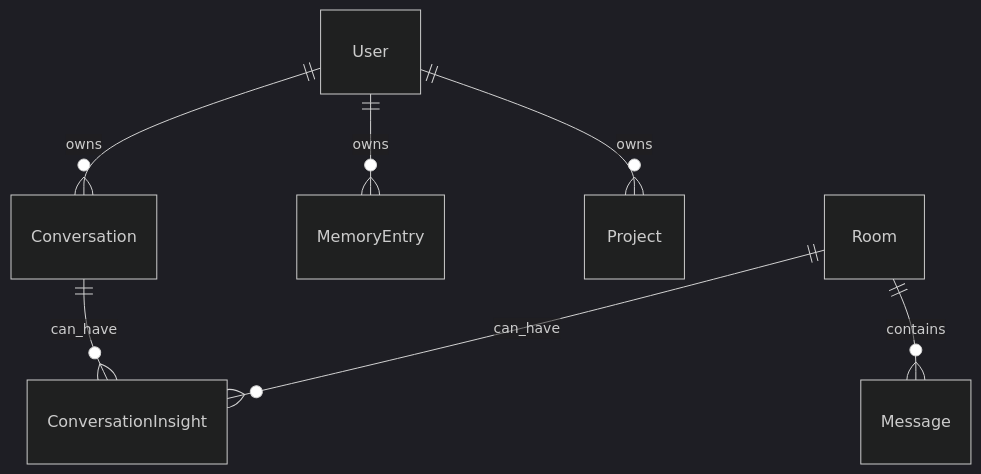
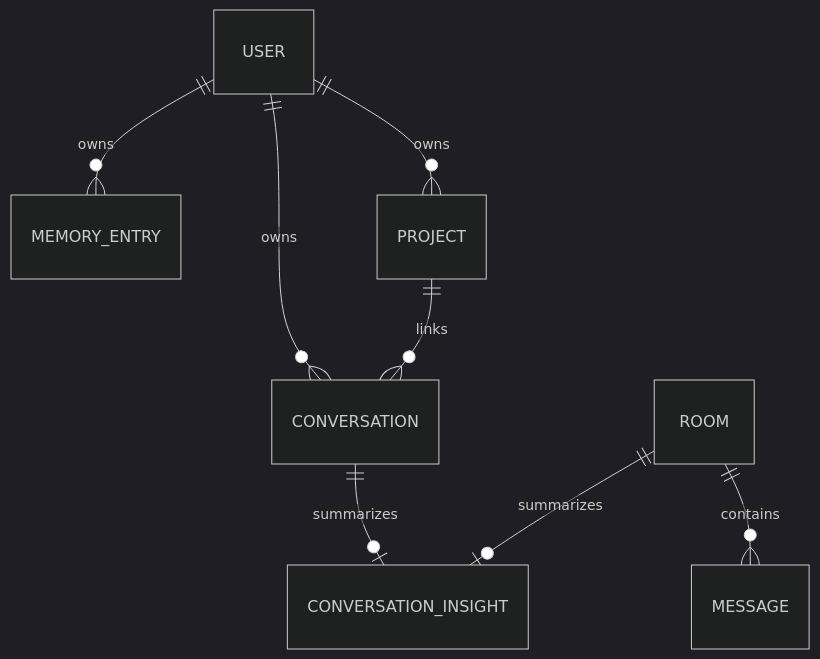
The third of 4 diagrams in docs/ai/32-sequence-and-architecture-diagrams.md (Ganesh172919/Backend_Practice), drawn with Mermaid (dark theme) before and after one commit. The commit also changed other lines of this file and 122 other files, not shown here.

````diff
--- a/docs/ai/32-sequence-and-architecture-diagrams.md
+++ b/docs/ai/32-sequence-and-architecture-diagrams.md
@@ -60,9 +59,10 @@
 ```mermaid
 erDiagram
-    User ||--o{ Conversation : owns
-    User ||--o{ MemoryEntry : owns
-    User ||--o{ Project : owns
-    Conversation ||--o{ ConversationInsight : can_have
-    Room ||--o{ Message : contains
-    Room ||--o{ ConversationInsight : can_have
+  USER ||--o{ CONVERSATION : owns
+  USER ||--o{ MEMORY_ENTRY : owns
+  USER ||--o{ PROJECT : owns
+  CONVERSATION ||--o| CONVERSATION_INSIGHT : summarizes
+  ROOM ||--o{ MESSAGE : contains
+  ROOM ||--o| CONVERSATION_INSIGHT : summarizes
+  PROJECT ||--o{ CONVERSATION : links
 ```
````
